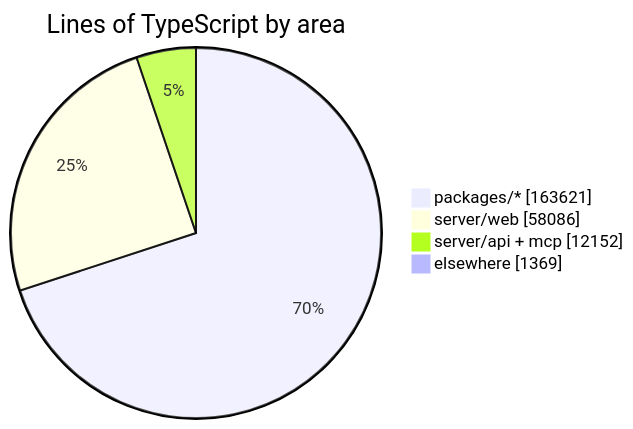
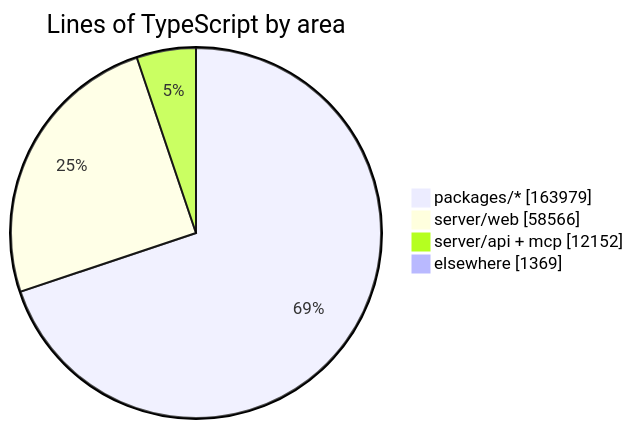
Before and after one commit to crossworks-engineering/mantle: the diagram in README.md, drawn with Mermaid. The commit also changed other lines of this file and 2 other files, not shown here.

````diff
--- a/README.md
+++ b/README.md
@@ -279,7 +279,7 @@
 ```mermaid
 pie showData title Lines of TypeScript by area
-    "packages/*" : 163621
-    "server/web" : 58086
+    "packages/*" : 163979
+    "server/web" : 58566
     "server/api + mcp" : 12152
     "elsewhere" : 1369
 ```
````
